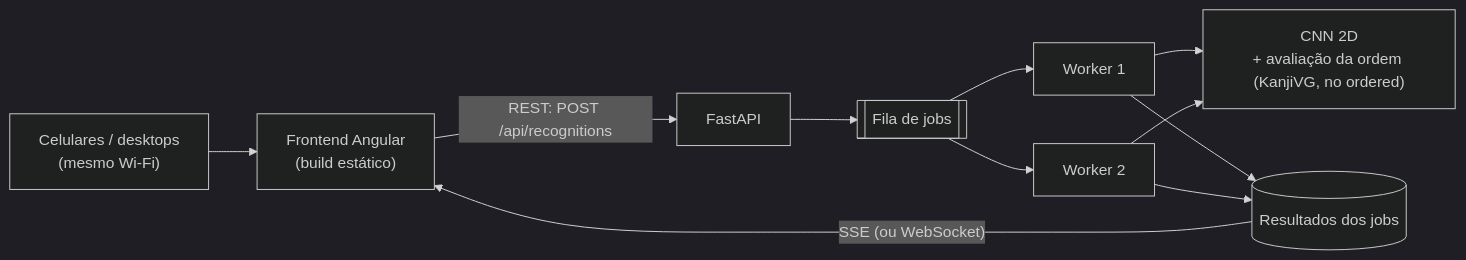
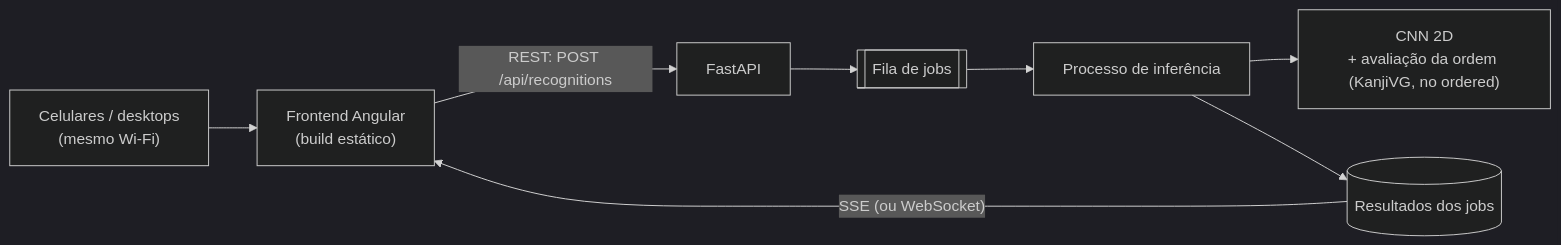
The first of 3 diagrams in docs/ARCHITECTURE.md (Asuka-Jyuku/kanji-lens), drawn with Mermaid (dark theme) before and after one commit. The commit also changed other lines of this file and 17 other files, not shown here.

````diff
--- a/docs/ARCHITECTURE.md
+++ b/docs/ARCHITECTURE.md
@@ -37,10 +37,10 @@
 ```mermaid
 flowchart LR
     clients["Celulares / desktops<br/>(mesmo Wi-Fi)"] --> fe["Frontend Angular<br/>(build estático)"]
     fe -- "REST: POST /api/recognitions" --> api["FastAPI"]
     api --> queue[["Fila de jobs"]]
-    queue --> w1["Worker 1"] & w2["Worker 2"]
-    w1 & w2 --> model["CNN 2D<br/>+ avaliação da ordem (KanjiVG, no ordered)"]
-    w1 & w2 --> store[("Resultados dos jobs")]
+    queue --> inf["Processo de inferência"]
+    inf --> model["CNN 2D<br/>+ avaliação da ordem (KanjiVG, no ordered)"]
+    inf --> store[("Resultados dos jobs")]
     store -- "SSE (ou WebSocket)" --> fe
 ```
````
